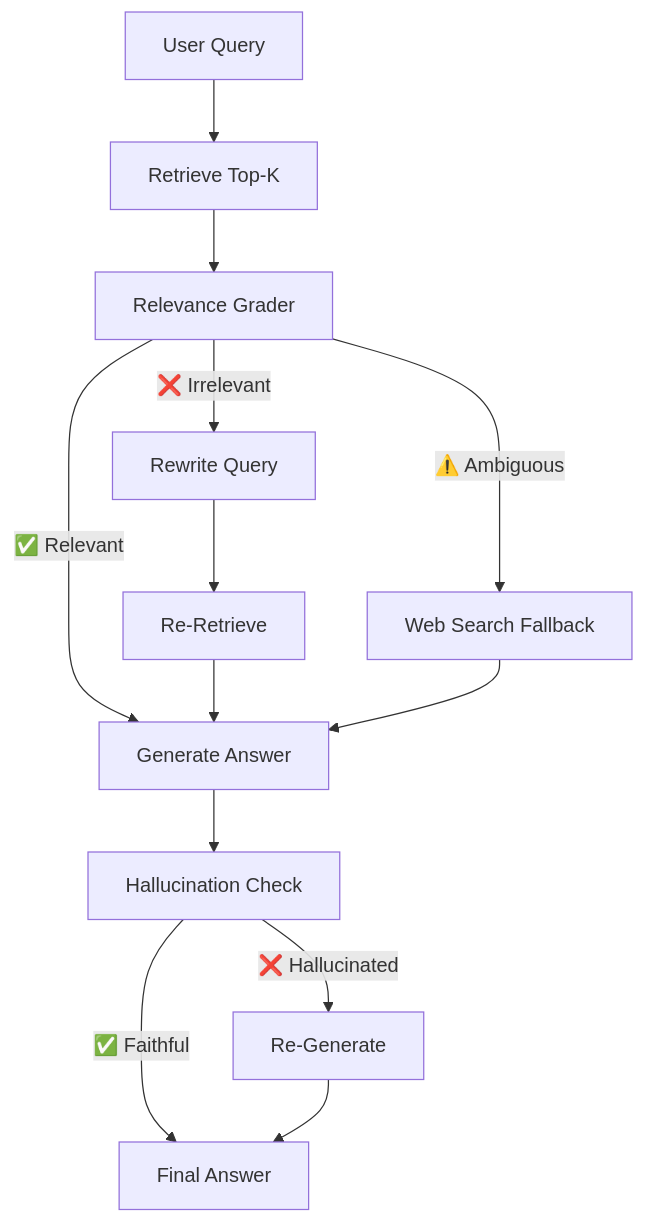
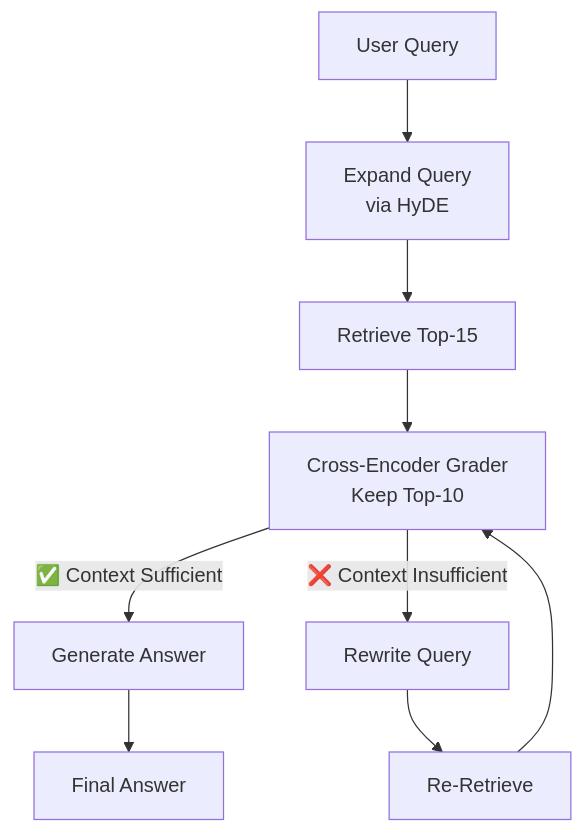
The third of 4 diagrams in README.md (CreatineCoder/uptiq), drawn with Mermaid before and after one commit. The commit also changed other lines of this file and 10 other files, not shown here.

Commit message:
feat: enhance Corrective RAG agent with query expansion, remove web search and hallucination checks, and update evaluation metrics

````diff
--- a/README.md
+++ b/README.md
@@ -214,15 +214,11 @@
 ```mermaid
 graph TB
-    Q[User Query] --> R1[Retrieve Top-K]
-    R1 --> G[Relevance Grader]
-    G -->|"✅ Relevant"| GEN[Generate Answer]
-    G -->|"❌ Irrelevant"| RW[Rewrite Query]
-    G -->|"⚠️ Ambiguous"| WS[Web Search Fallback]
+    Q[User Query] --> EXP[Expand Query \n via HyDE]
+    EXP --> R1[Retrieve Top-15]
+    R1 --> G[Cross-Encoder Grader \n Keep Top-10]
+    G -->|"✅ Context Sufficient"| GEN[Generate Answer]
+    G -->|"❌ Context Insufficient"| RW[Rewrite Query]
     RW --> R2[Re-Retrieve]
-    R2 --> GEN
-    WS --> GEN
-    GEN --> HC[Hallucination Check]
-    HC -->|"✅ Faithful"| A[Final Answer]
-    HC -->|"❌ Hallucinated"| RG[Re-Generate]
-    RG --> A
+    R2 --> G
+    GEN --> A[Final Answer]
 ```
````
